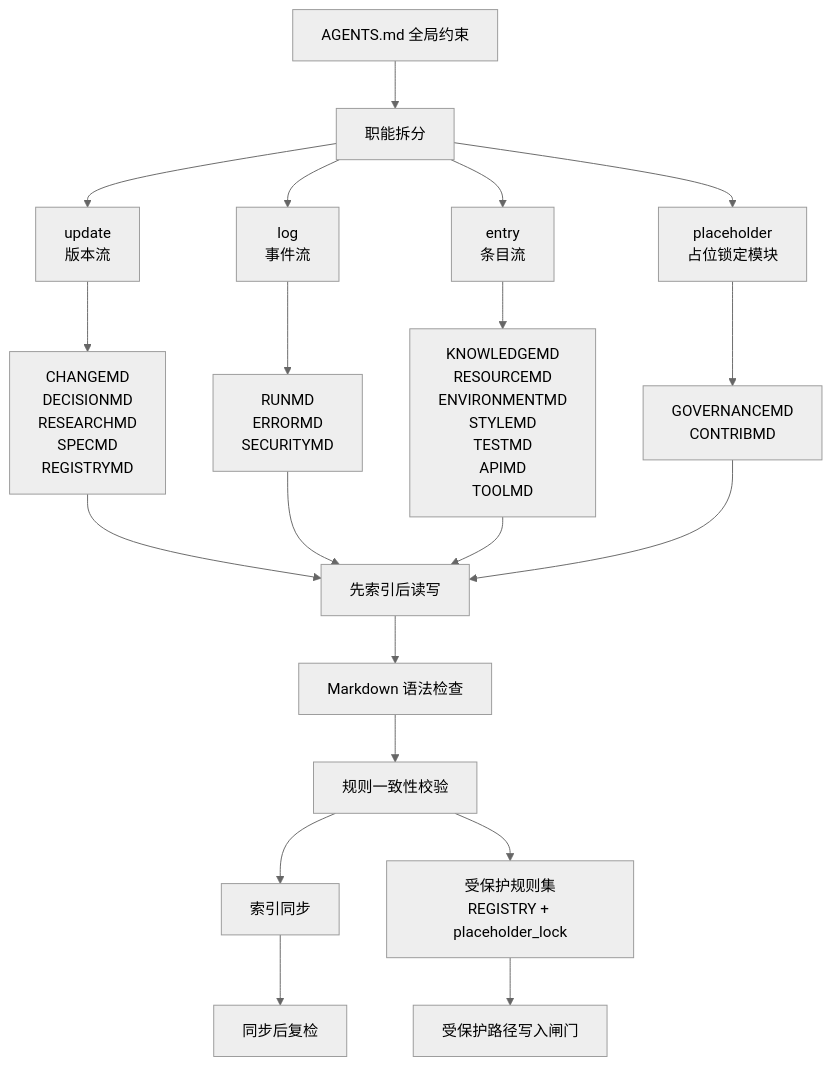
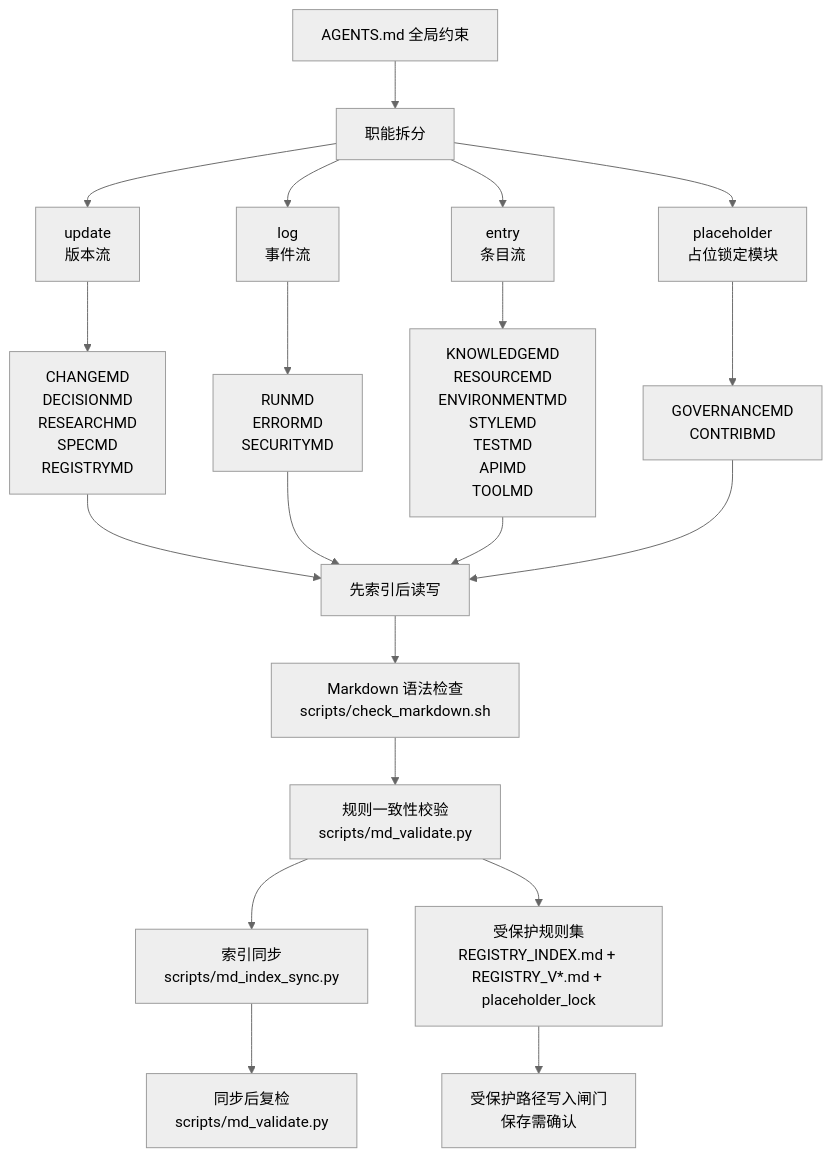
One commit to AIALRA-0/AGENTSMD changed the second of 2 diagrams in README.md. Above: the diagram before and after it, drawn with Mermaid (neutral theme). The commit also changed other lines of this file, not shown here.

Commit message:
docs: include concrete file names in validation and protection flow nodes

````diff
--- a/README.md
+++ b/README.md
@@ -186,26 +186,26 @@
 ```mermaid
 flowchart TD
   A[AGENTS.md 全局约束] --> B[职能拆分]
   B --> B1[update<br/>版本流]
   B --> B2[log<br/>事件流]
   B --> B3[entry<br/>条目流]
   B --> BP[placeholder<br/>占位锁定模块]
 
   B1 --> U1[CHANGEMD<br/>DECISIONMD<br/>RESEARCHMD<br/>SPECMD<br/>REGISTRYMD]
   B2 --> U2[RUNMD<br/>ERRORMD<br/>SECURITYMD]
   B3 --> U3[KNOWLEDGEMD<br/>RESOURCEMD<br/>ENVIRONMENTMD<br/>STYLEMD<br/>TESTMD<br/>APIMD<br/>TOOLMD]
   BP --> U4[GOVERNANCEMD<br/>CONTRIBMD]
 
   U1 --> C[先索引后读写]
   U2 --> C
   U3 --> C
   U4 --> C
 
-  C --> D[Markdown 语法检查]
-  D --> E[规则一致性校验]
-  E --> F[索引同步]
-  F --> G[同步后复检]
+  C --> D[Markdown 语法检查<br/>scripts/check_markdown.sh]
+  D --> E[规则一致性校验<br/>scripts/md_validate.py]
+  E --> F[索引同步<br/>scripts/md_index_sync.py]
+  F --> G[同步后复检<br/>scripts/md_validate.py]
 
-  E --> H[受保护规则集<br/>REGISTRY + placeholder_lock]
-  H --> I[受保护路径写入闸门]
+  E --> H[受保护规则集<br/>REGISTRY_INDEX.md + REGISTRY_V*.md + placeholder_lock]
+  H --> I[受保护路径写入闸门<br/>保存需确认]
 ```
````
